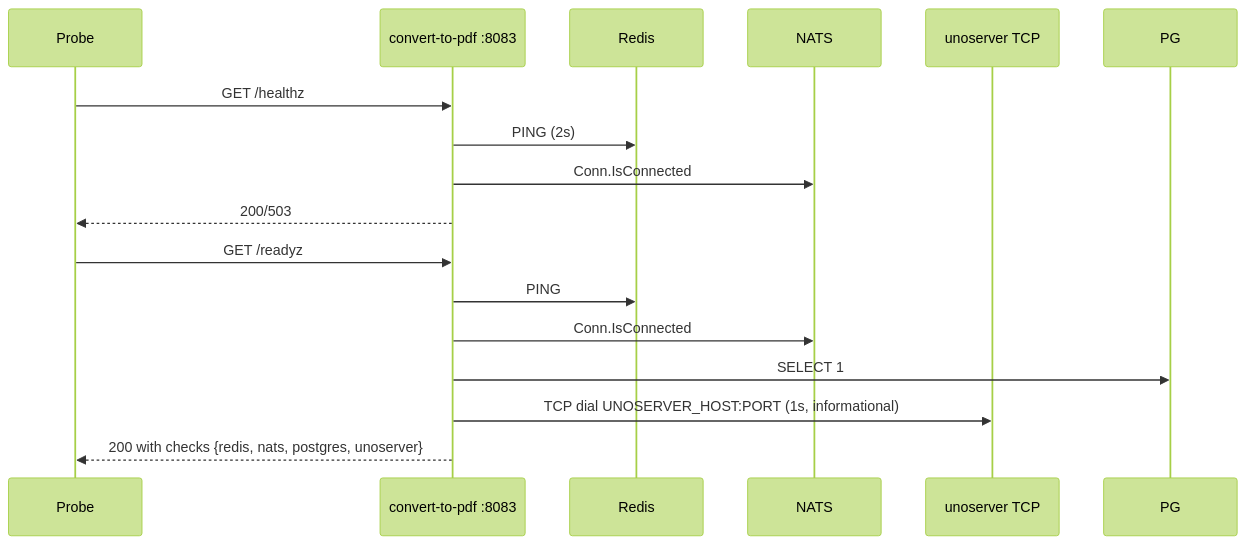
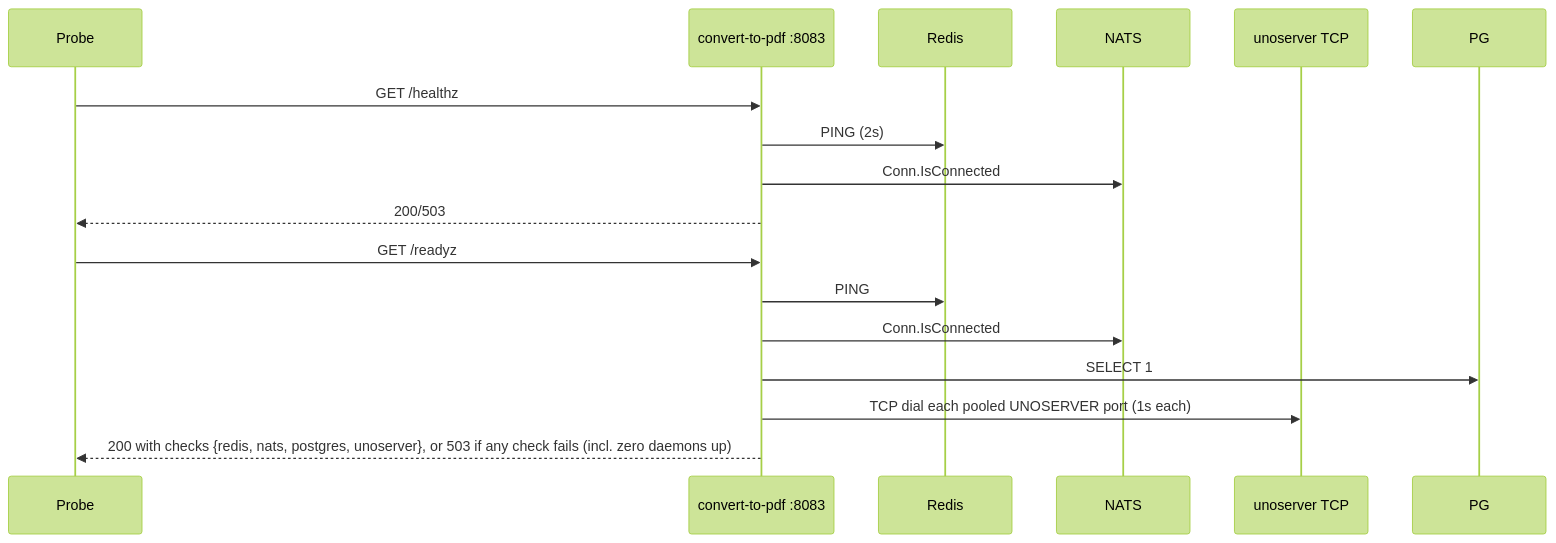
One commit to code-farms/fyredocs_backend changed the sixth of 6 diagrams in docs/developer/mermaid/service-convert-to-pdf-sequence.md. Above: the diagram before and after it, drawn with Mermaid (forest theme). The commit also changed 13 other files, not shown here.

````diff
--- a/docs/developer/mermaid/service-convert-to-pdf-sequence.md
+++ b/docs/developer/mermaid/service-convert-to-pdf-sequence.md
@@ -171,20 +171,20 @@
 ```mermaid
 sequenceDiagram
     participant Probe
     participant W as convert-to-pdf :8083
     participant Redis
     participant NATS
     participant Uno as unoserver TCP
 
     Probe->>W: GET /healthz
     W->>Redis: PING (2s)
     W->>NATS: Conn.IsConnected
     W-->>Probe: 200/503
 
     Probe->>W: GET /readyz
     W->>Redis: PING
     W->>NATS: Conn.IsConnected
     W->>PG: SELECT 1
-    W->>Uno: TCP dial UNOSERVER_HOST:PORT (1s, informational)
-    W-->>Probe: 200 with checks {redis, nats, postgres, unoserver}
+    W->>Uno: TCP dial each pooled UNOSERVER port (1s each)
+    W-->>Probe: 200 with checks {redis, nats, postgres, unoserver}, or 503 if any check fails (incl. zero daemons up)
 ```
````
